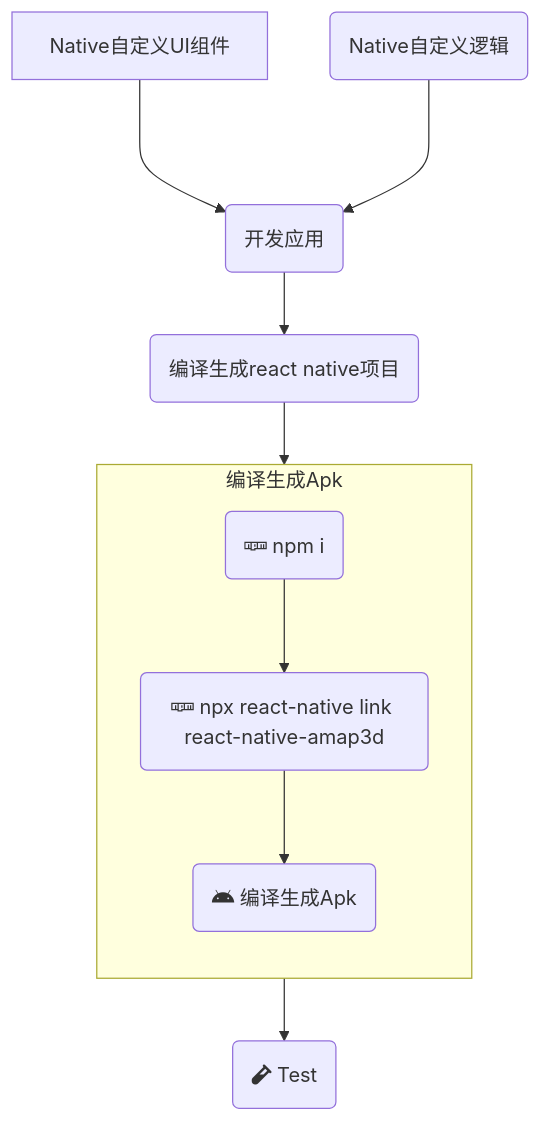
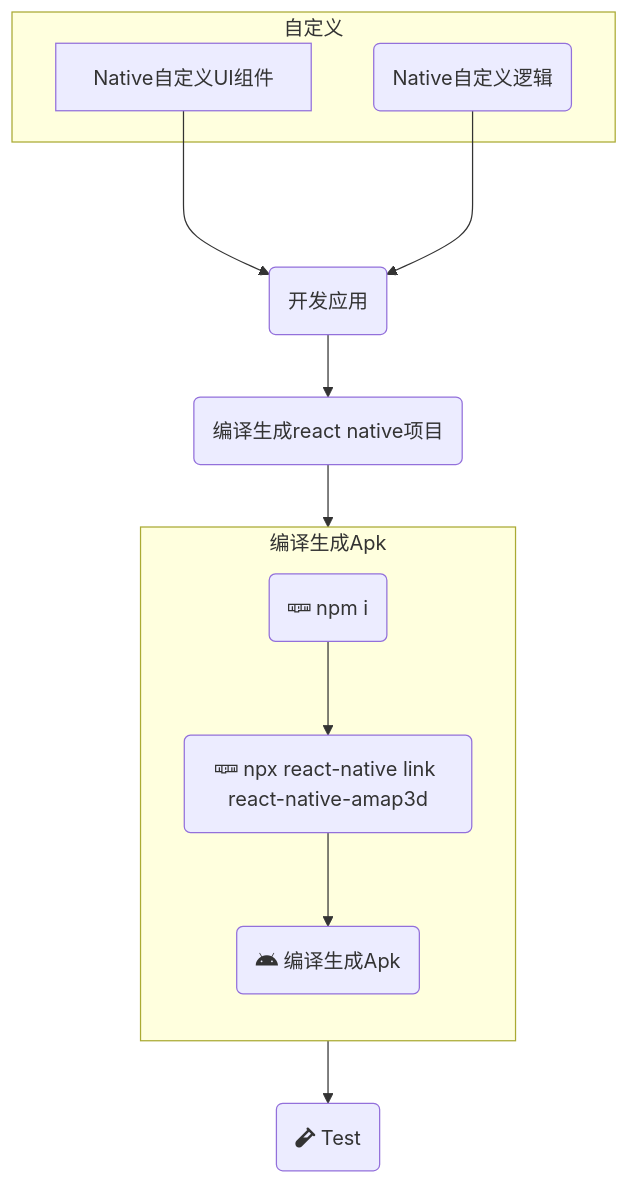
Before and after one commit to engalar/mendix-native-docs: the diagram in docs/README.md, drawn with Mermaid. The commit also changed other lines of this file and 2 other files, not shown here.

````diff
--- a/docs/README.md
+++ b/docs/README.md
@@ -2,18 +3,20 @@
 ```mermaid
 flowchart TD
-    CUI[Native自定义UI组件]
-    CLogic(Native自定义逻辑)
+    subgraph 自定义
+        CUI[Native自定义UI组件]
+        CLogic(Native自定义逻辑)
+    end
     Dev(开发应用)
     Bundle(编译生成react native项目)
     subgraph 编译生成Apk
         direction TB
         GG(fab:fa-android 编译生成Apk)
         G1Link(fab:fa-npm npx react-native link react-native-amap3d)-->GG
         GF(fab:fa-npm npm i)-->G1Link
     end
     CUI--->Dev
     CLogic--->Dev
     Dev-->Bundle
     Bundle-->编译生成Apk
     编译生成Apk-->Test(fas:fa-vial Test)
 ```
````
